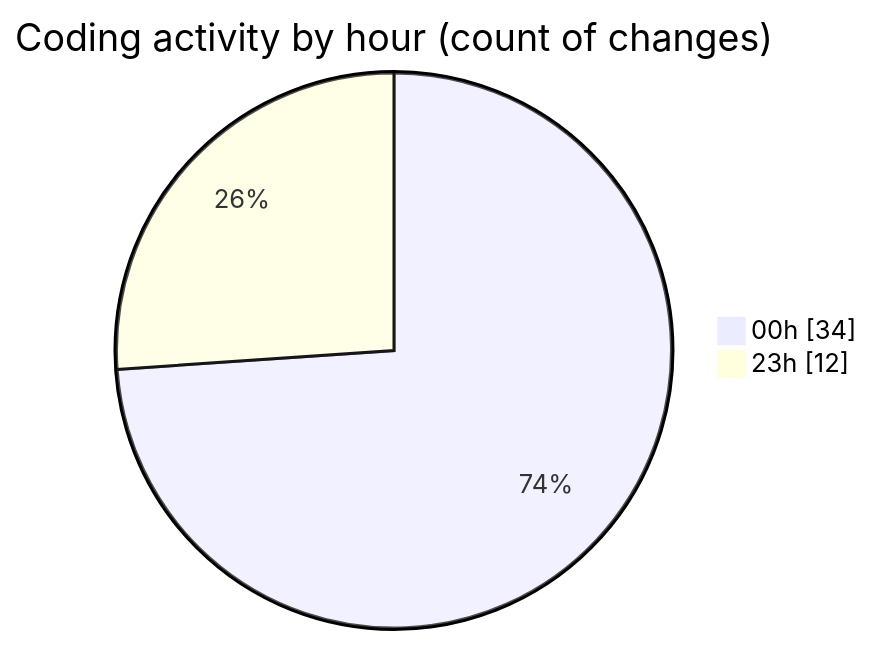
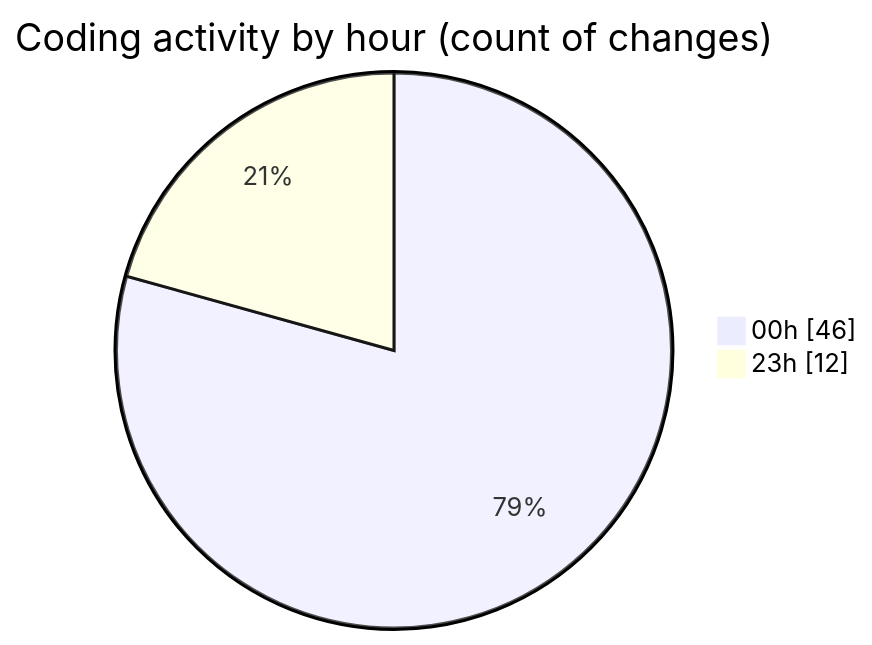
One commit to Ritupan-Deka/code-tracking changed the second of 2 diagrams in 2025-07-17/mern-workoutboard/README.md. Above: the diagram before and after it, drawn with Mermaid. The commit also changed other lines of this file and 1 other file, not shown here.

````diff
--- a/2025-07-17/mern-workoutboard/README.md
+++ b/2025-07-17/mern-workoutboard/README.md
@@ -29,6 +29,6 @@
 ```mermaid
 pie showData
 title Coding activity by hour (count of changes)
-"00h" : 34
+"00h" : 46
 "23h" : 12
 ```
````
